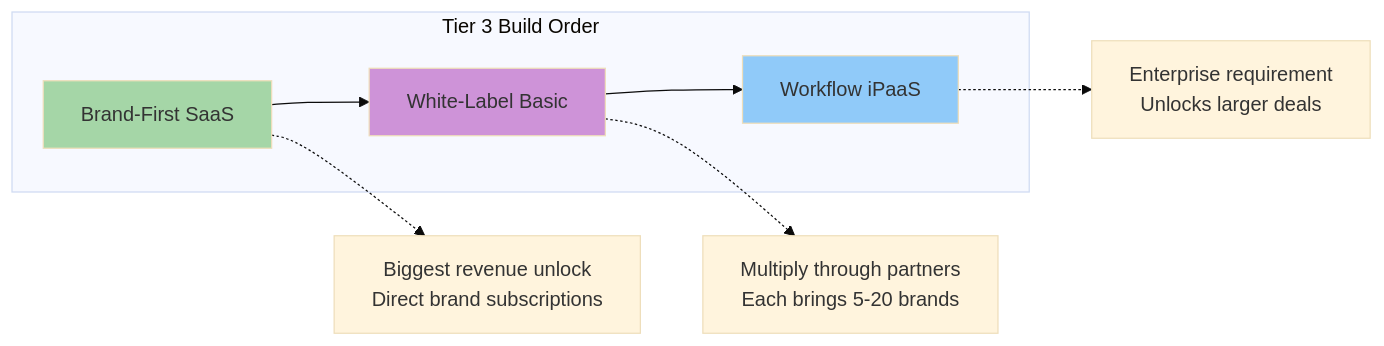
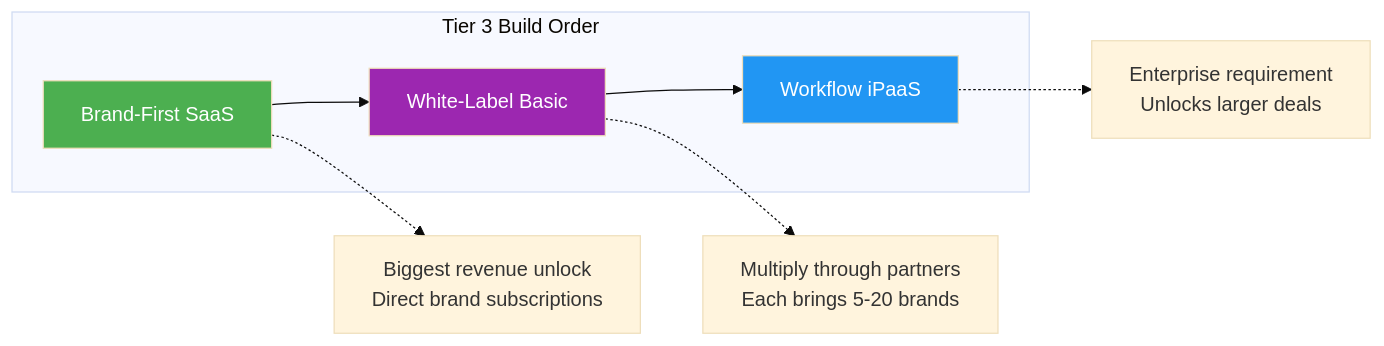
Before and after one commit to VisualGraphxLLC/NewPOPSys: the third of 7 diagrams in Post_v1/DEVELOPMENT_PRIORITY.md, drawn with Mermaid (base theme). The commit also changed other lines of this file and 1 other file, not shown here.

First line of the commit message:
Fix Mermaid chart colors for dark mode compatibility

````diff
--- a/Post_v1/DEVELOPMENT_PRIORITY.md
+++ b/Post_v1/DEVELOPMENT_PRIORITY.md
@@ -109,15 +109,15 @@
 ```mermaid
 flowchart LR
     subgraph Tier3[Tier 3 Build Order]
         BF[Brand-First SaaS] --> WL[White-Label Basic]
         WL --> WF[Workflow iPaaS]
     end
 
     BF -.-> R1[Biggest revenue unlock\nDirect brand subscriptions]
     WL -.-> R2[Multiply through partners\nEach brings 5-20 brands]
     WF -.-> R3[Enterprise requirement\nUnlocks larger deals]
 
-    style BF fill:#a5d6a7
-    style WL fill:#ce93d8
-    style WF fill:#90caf9
+    style BF fill:#4caf50,color:#fff
+    style WL fill:#9c27b0,color:#fff
+    style WF fill:#2196f3,color:#fff
 ```
````
